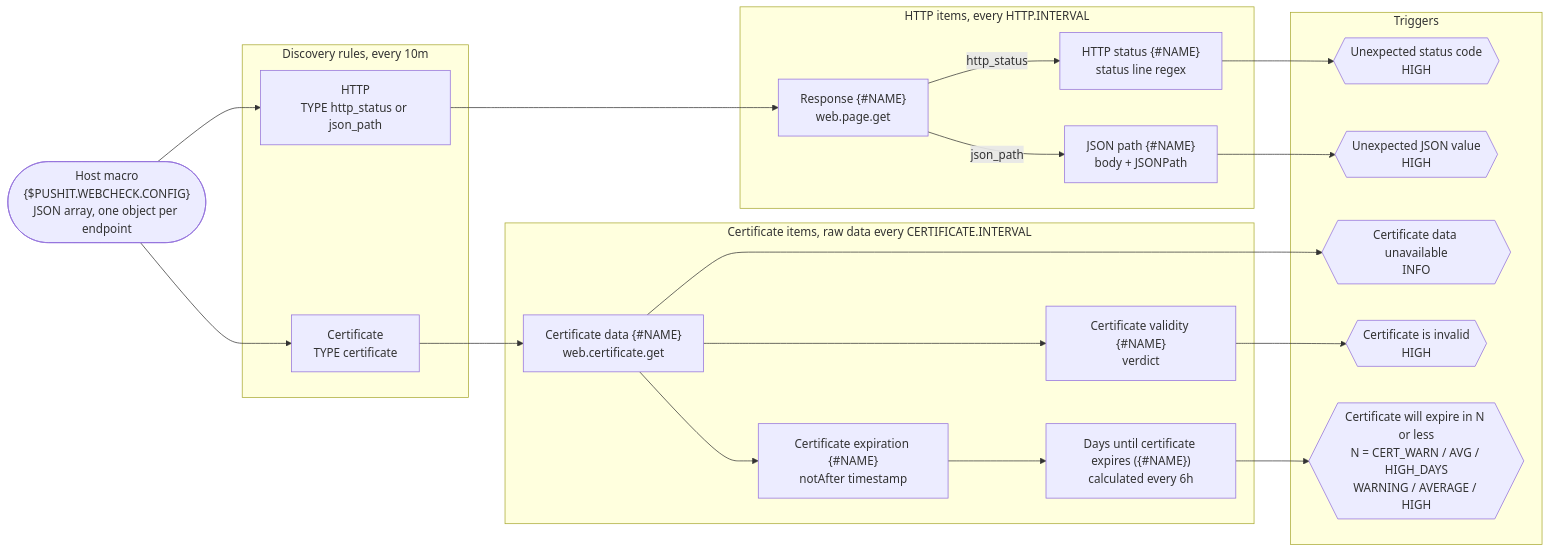
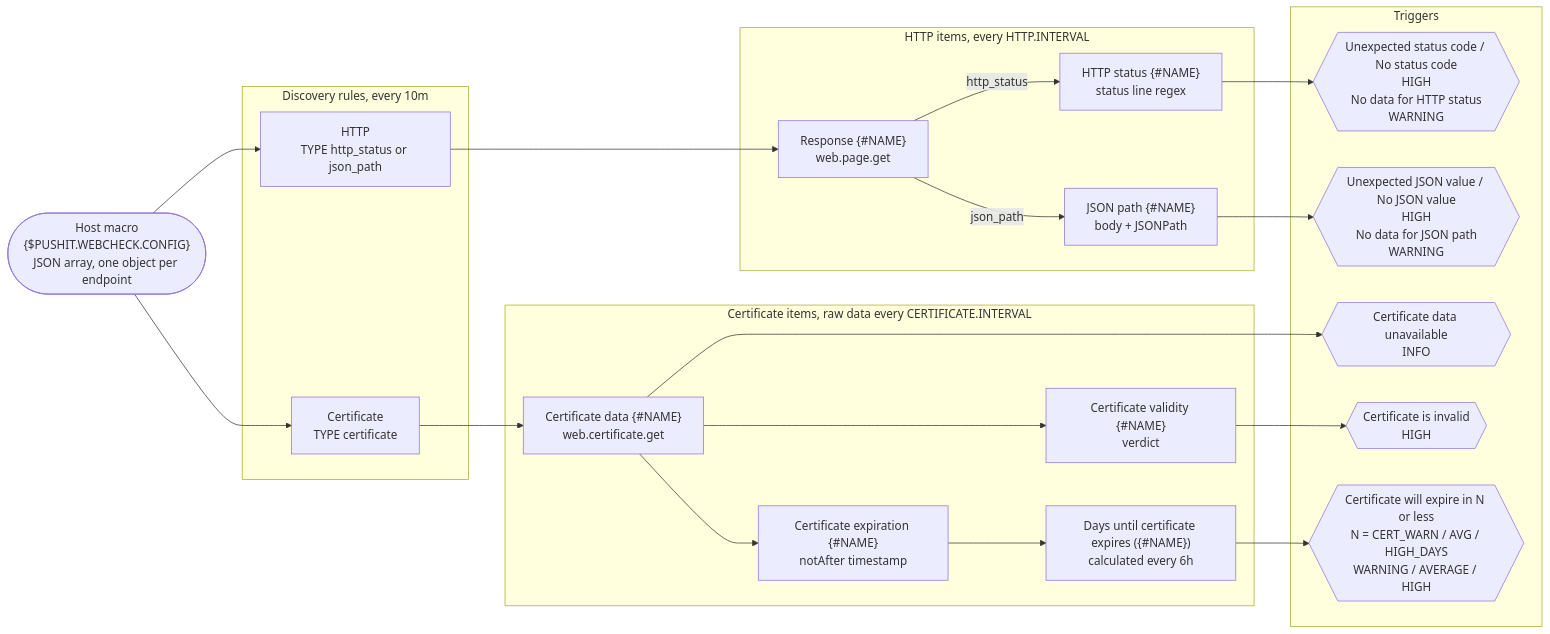
The diagram in README.md (we-push-it/zabbix-web-check), drawn with Mermaid before and after one commit. The commit also changed other lines of this file and 1 other file, not shown here.

Commit message:
separate missing data from failed http checks (#17)

````diff
--- a/README.md
+++ b/README.md
@@ -53,43 +53,43 @@
 ```mermaid
 flowchart LR
     CFG(["Host macro<br/>{$PUSHIT.WEBCHECK.CONFIG}<br/>JSON array, one object per endpoint"])
 
     subgraph LLD ["Discovery rules, every 10m"]
         DH["HTTP<br/>TYPE http_status or json_path"]
         DC["Certificate<br/>TYPE certificate"]
     end
 
     subgraph HI ["HTTP items, every HTTP.INTERVAL"]
         RAW["Response {#NAME}<br/>web.page.get"]
         ST["HTTP status {#NAME}<br/>status line regex"]
         JP["JSON path {#NAME}<br/>body + JSONPath"]
     end
 
     subgraph CI ["Certificate items, raw data every CERTIFICATE.INTERVAL"]
         CRAW["Certificate data {#NAME}<br/>web.certificate.get"]
         NA["Certificate expiration {#NAME}<br/>notAfter timestamp"]
         VAL["Certificate validity {#NAME}<br/>verdict"]
         DAYS["Days until certificate expires ({#NAME})<br/>calculated every 6h"]
     end
 
     subgraph TRG ["Triggers"]
-        T1{{"Unexpected status code<br/>HIGH"}}
-        T2{{"Unexpected JSON value<br/>HIGH"}}
+        T1{{"Unexpected status code / No status code<br/>HIGH<br/>No data for HTTP status<br/>WARNING"}}
+        T2{{"Unexpected JSON value / No JSON value<br/>HIGH<br/>No data for JSON path<br/>WARNING"}}
         T3{{"Certificate data unavailable<br/>INFO"}}
         T4{{"Certificate is invalid<br/>HIGH"}}
         T5{{"Certificate will expire in N or less<br/>N = CERT_WARN / AVG / HIGH_DAYS<br/>WARNING / AVERAGE / HIGH"}}
     end
 
     CFG --> DH & DC
     DH --> RAW
     RAW -->|http_status| ST
     RAW -->|json_path| JP
     DC --> CRAW
     CRAW --> NA & VAL
     NA --> DAYS
     ST --> T1
     JP --> T2
     CRAW --> T3
     VAL --> T4
     DAYS --> T5
 ```
````
